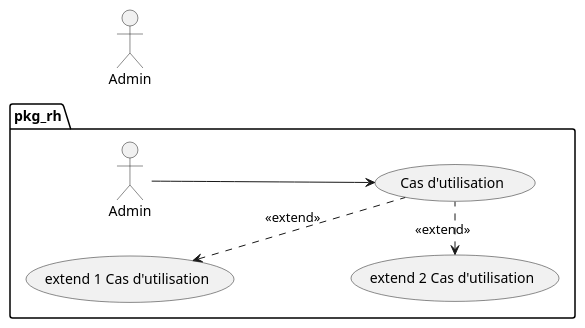
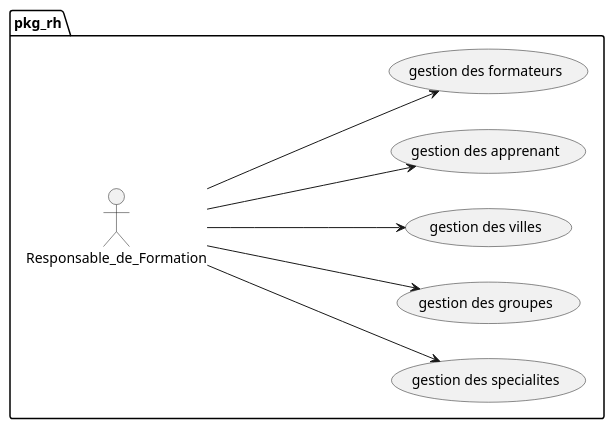
The diagram in modélisation/pkg_rh/uses_cases_pkg_rh.puml (solicoders/soli-lms), drawn with PlantUML before and after one commit.

```diff
--- a/modélisation/pkg_rh/uses_cases_pkg_rh.puml
+++ b/modélisation/pkg_rh/uses_cases_pkg_rh.puml
@@ -1,17 +1,22 @@
 @startuml uses_cases_pkg_rh
 
 left to right direction
 
 
-actor Admin as admin
-
 package pkg_rh {
 
-  Admin -->  (Cas d'utilisation) 
-  (extend 1 Cas d'utilisation)  <..  (Cas d'utilisation)  : <<extend>>
-  (extend 2 Cas d'utilisation)  <.  (Cas d'utilisation)  : <<extend>>
+  Responsable_de_Formation ----> (gestion des specialites)
+  Responsable_de_Formation ----> (gestion des groupes) 
+  Responsable_de_Formation ----> (gestion des villes) 
+  Responsable_de_Formation ----> (gestion des apprenant) 
+  Responsable_de_Formation ----> (gestion des formateurs) 
+
+  ' (gestion des formateurs) <... (Auth) : <<extend>>
+  ' (gestion des apprenant) <... (Auth) : <<extend>>
+  ' (gestion des groupes) <... (Auth) : <<extend>>
+  ' (gestion des villes) <... (Auth) : <<extend>>
+  ' (gestion des specialites) <... (Auth) : <<extend>>
+
 }  
 
-' note right of admin : "note 1"
-
 @enduml
```
